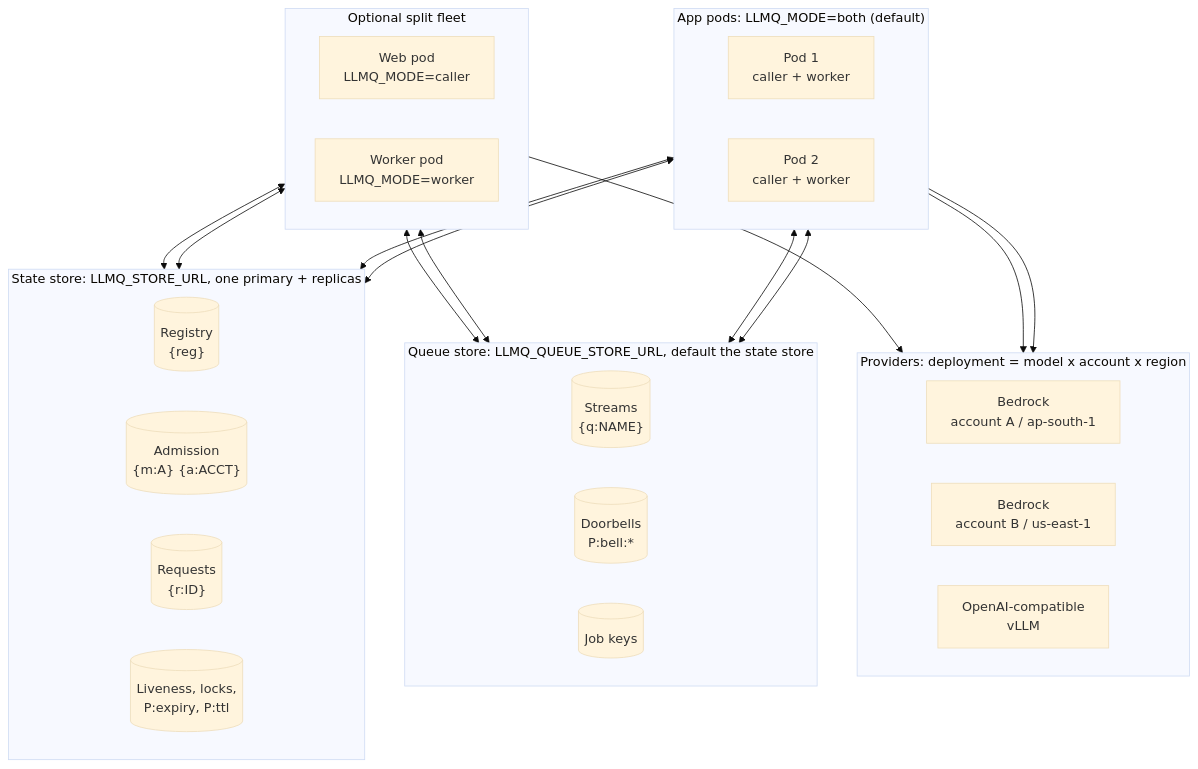
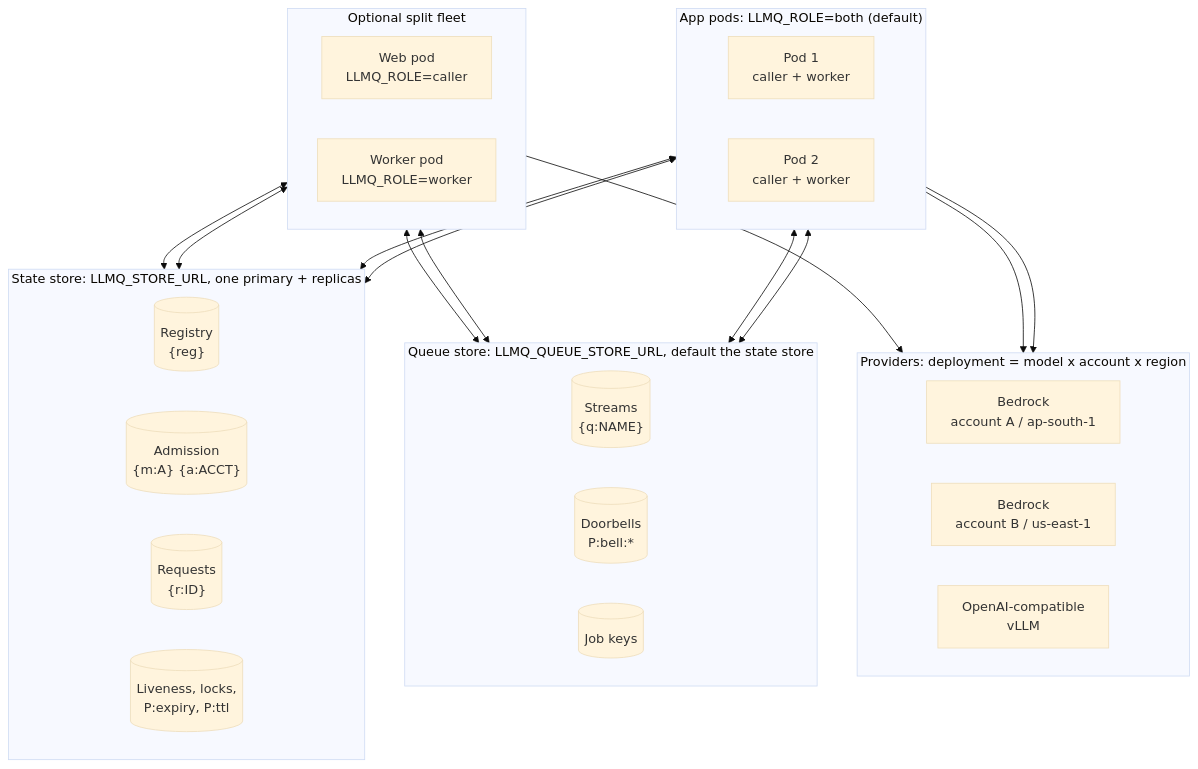
Before and after one commit to techiewonk/llm-queue: the first of 3 diagrams in docs/explanation/architecture.md, drawn with Mermaid (base theme). The commit also changed other lines of this file and 92 other files, not shown here.

````diff
--- a/docs/explanation/architecture.md
+++ b/docs/explanation/architecture.md
@@ -56,35 +56,35 @@
 ```mermaid
 flowchart TB
-  subgraph app["App pods: LLMQ_MODE=both (default)"]
+  subgraph app["App pods: LLMQ_ROLE=both (default)"]
     direction LR
     p1["Pod 1<br/>caller + worker"]
     p2["Pod 2<br/>caller + worker"]
   end
   subgraph split["Optional split fleet"]
     direction LR
-    c1["Web pod<br/>LLMQ_MODE=caller"]
-    w1["Worker pod<br/>LLMQ_MODE=worker"]
+    c1["Web pod<br/>LLMQ_ROLE=caller"]
+    w1["Worker pod<br/>LLMQ_ROLE=worker"]
   end
   subgraph ss["State store: LLMQ_STORE_URL, one primary + replicas"]
     direction LR
     reg[("Registry<br/>{reg}")]
     adm[("Admission<br/>{m:A} {a:ACCT}")]
     req[("Requests<br/>{r:ID}")]
     misc[("Liveness, locks,<br/>P:expiry, P:ttl")]
   end
   subgraph qs["Queue store: LLMQ_QUEUE_STORE_URL, default the state store"]
     direction LR
     q[("Streams<br/>{q:NAME}")]
     bell[("Doorbells<br/>P:bell:*")]
     jobs[("Job keys")]
   end
   subgraph prov["Providers: deployment = model x account x region"]
     direction LR
     d1["Bedrock<br/>account A / ap-south-1"]
     d2["Bedrock<br/>account B / us-east-1"]
     d3["OpenAI-compatible<br/>vLLM"]
   end
   p1 & p2 & c1 & w1 <--> ss
   p1 & p2 & c1 & w1 <--> qs
   p1 & p2 & w1 --> prov
 ```
````
